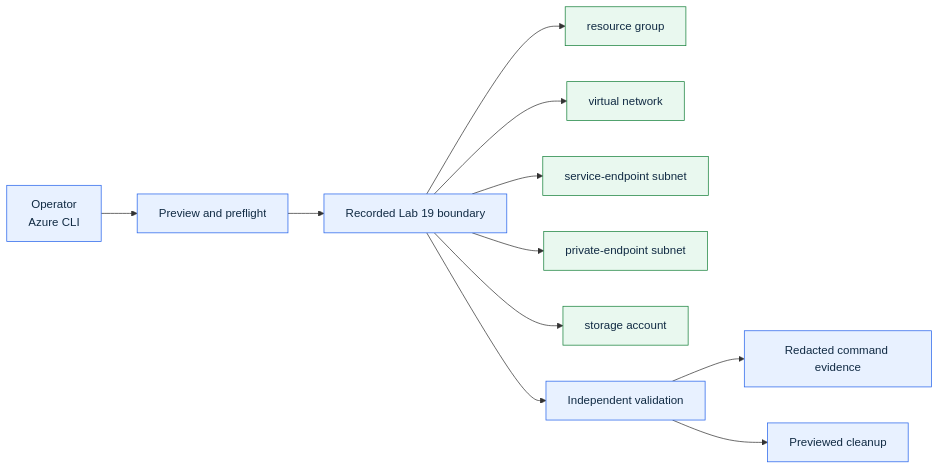
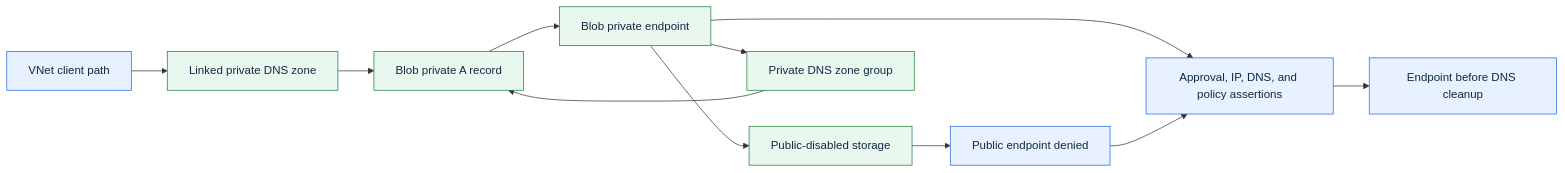
One commit to amineMehdi/az104-azure-administrator-labs changed the diagram in labs/19-service-private-endpoints/diagrams/architecture.mmd. Above: the diagram before and after it, drawn with Mermaid. The commit also changed 497 other files, not shown here.

```diff
--- a/labs/19-service-private-endpoints/diagrams/architecture.mmd
+++ b/labs/19-service-private-endpoints/diagrams/architecture.mmd
@@ -1,15 +1,15 @@
 flowchart LR
-    A["Operator<br/>Azure CLI"] --> P["Preview and preflight"]
-    P --> S["Recorded Lab 19 boundary"]
-    S --> R1["resource group"]
-    S --> R2["virtual network"]
-    S --> R3["service-endpoint subnet"]
-    S --> R4["private-endpoint subnet"]
-    S --> R5["storage account"]
-    S --> V["Independent validation"]
-    V --> E["Redacted command evidence"]
-    V --> C["Previewed cleanup"]
+    C["VNet client path"] --> DNS["Linked private DNS zone"]
+    DNS --> R["Blob private A record"]
+    R --> PE["Blob private endpoint"]
+    PE --> S["Public-disabled storage"]
+    ZG["Private DNS zone group"] --> R
+    PE --> ZG
+    S --> D["Public endpoint denied"]
+    PE --> V["Approval, IP, DNS, and policy assertions"]
+    D --> V
+    V --> X["Endpoint before DNS cleanup"]
     classDef control fill:#e8f1ff,stroke:#2563eb,color:#102a43;
     classDef resource fill:#e9f8ef,stroke:#16803a,color:#102a43;
-    class A,P,S,V,E,C control;
-    class R1,R2,R3,R4,R5 resource;
+    class C,D,V,X control;
+    class DNS,R,PE,S,ZG resource;
```
